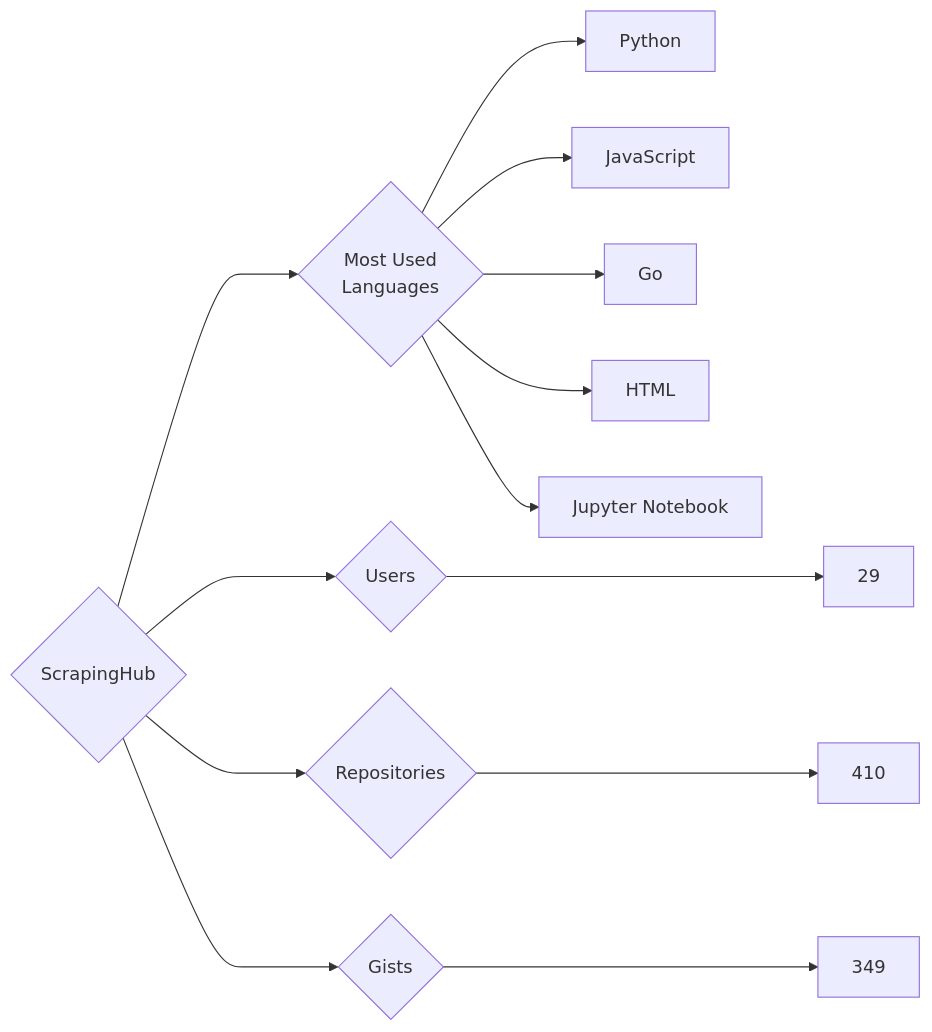
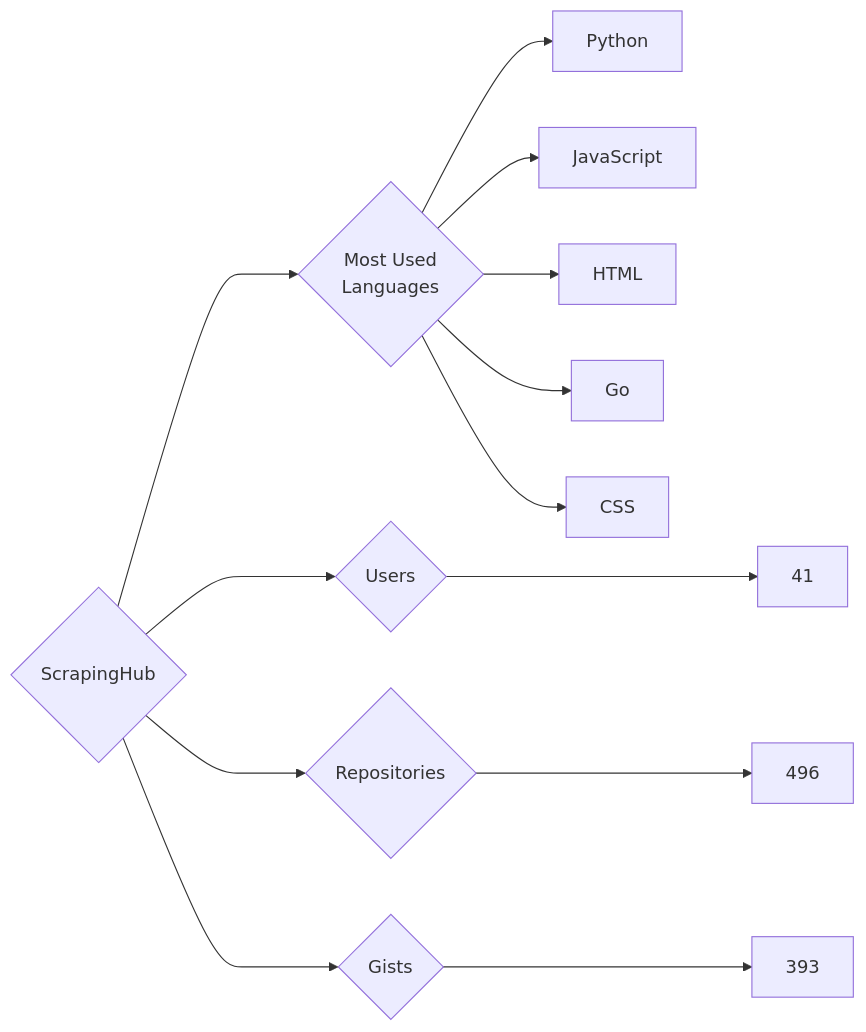
Before and after one commit to trickest/insiders: the diagram in targets/ScrapingHub/README.md, drawn with Mermaid. The commit also changed 797 other files, not shown here.

````diff
--- a/targets/ScrapingHub/README.md
+++ b/targets/ScrapingHub/README.md
@@ -3,13 +3,13 @@
 ```mermaid
 graph LR
 COMPANY_NAME{ScrapingHub}
-COMPANY_NAME ---> U{Users} ---> UN[29]
-COMPANY_NAME ---> R{Repositories} ---> RN[410]
-COMPANY_NAME ---> G{Gists} ---> GN[349]
+COMPANY_NAME ---> U{Users} ---> UN[41]
+COMPANY_NAME ---> R{Repositories} ---> RN[496]
+COMPANY_NAME ---> G{Gists} ---> GN[393]
 COMPANY_NAME ---> ML{Most Used<br>Languages}
 ML --> Python[Python]
 ML --> JavaScript[JavaScript]
+ML --> HTML[HTML]
 ML --> Go[Go]
-ML --> HTML[HTML]
-ML --> Jupyter_Notebook[Jupyter Notebook]
+ML --> CSS[CSS]
 ```
````
